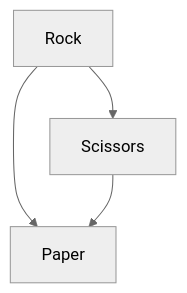
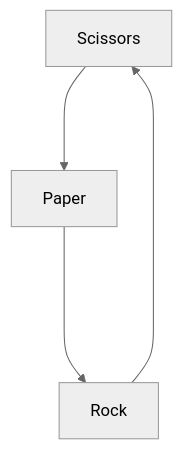
Before and after one commit to sagar1g/ROCK-PAPER-SCISSOR: the diagram in README.md, drawn with Mermaid (neutral theme).

````diff
--- a/README.md
+++ b/README.md
@@ -48,8 +48,6 @@
 ```mermaid
 graph TD;
-    Rock--->Paper;
-    
-    Rock-->Scissors;
-    
-    Scissors-->Paper;
+    Scissors ---> Paper;
+    Paper ----> Rock;
+    Rock -----> Scissors
 ```
````
